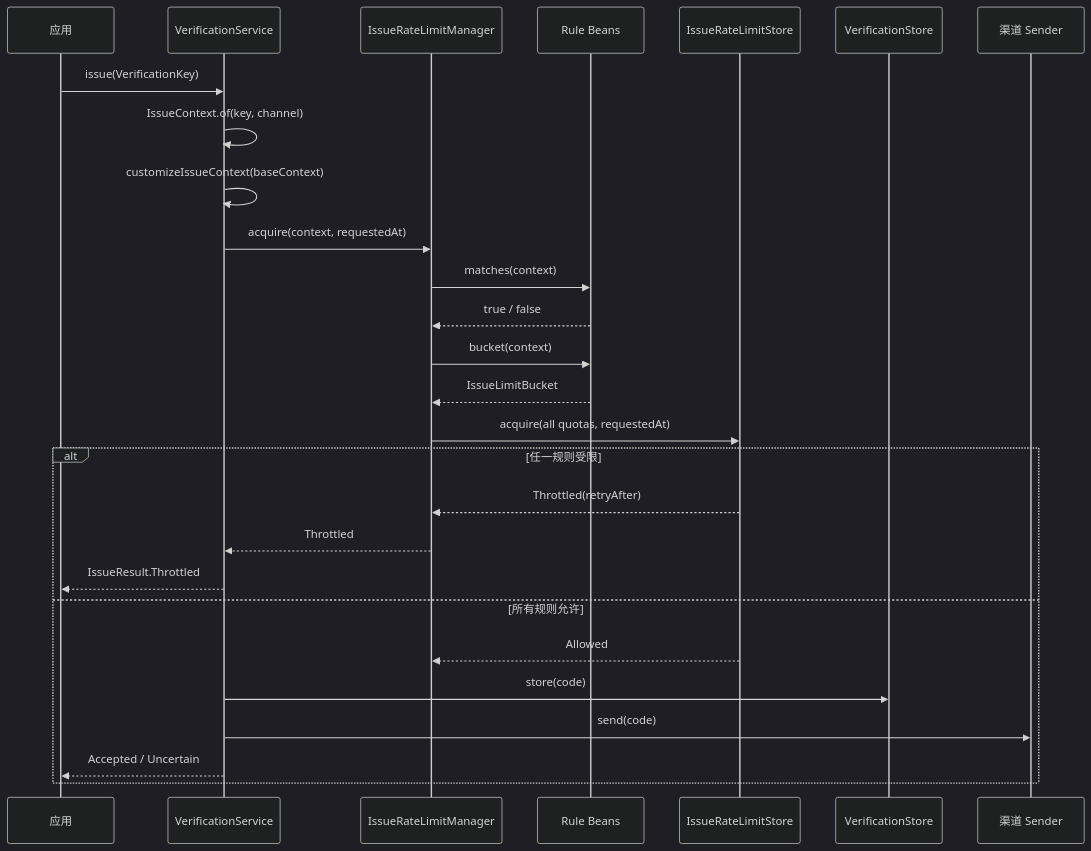
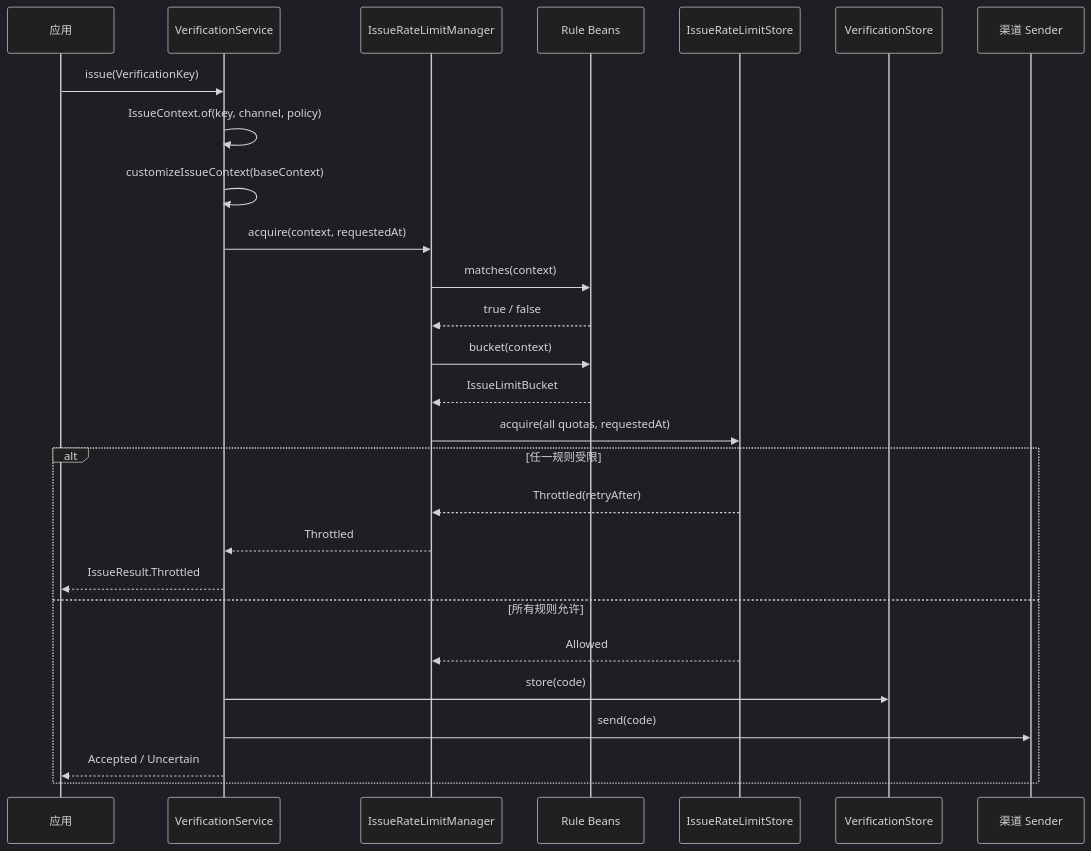
Before and after one commit to RingoTangs/ringo-boot: the second of 2 diagrams in ringo-boot-verification/src/main/java/io/github/ringotangs/ringoboot/verification/limit/README.md, drawn with Mermaid (dark theme). The commit also changed 24 other files, not shown here.

First line of the commit message:
Refactor email and SMS verification services to use IssueContext directly

````diff
--- a/ringo-boot-verification/src/main/java/io/github/ringotangs/ringoboot/verification/limit/README.md
+++ b/ringo-boot-verification/src/main/java/io/github/ringotangs/ringoboot/verification/limit/README.md
@@ -302,30 +302,30 @@
 ```mermaid
 sequenceDiagram
     participant App as 应用
     participant Service as VerificationService
     participant Manager as IssueRateLimitManager
     participant Rule as Rule Beans
     participant LimitStore as IssueRateLimitStore
     participant CodeStore as VerificationStore
     participant Sender as 渠道 Sender
 
     App->>Service: issue(VerificationKey)
-    Service->>Service: IssueContext.of(key, channel)
+    Service->>Service: IssueContext.of(key, channel, policy)
     Service->>Service: customizeIssueContext(baseContext)
     Service->>Manager: acquire(context, requestedAt)
     Manager->>Rule: matches(context)
     Rule-->>Manager: true / false
     Manager->>Rule: bucket(context)
     Rule-->>Manager: IssueLimitBucket
     Manager->>LimitStore: acquire(all quotas, requestedAt)
     alt 任一规则受限
         LimitStore-->>Manager: Throttled(retryAfter)
         Manager-->>Service: Throttled
         Service-->>App: IssueResult.Throttled
     else 所有规则允许
         LimitStore-->>Manager: Allowed
         Service->>CodeStore: store(code)
         Service->>Sender: send(code)
         Service-->>App: Accepted / Uncertain
     end
 ```
````
